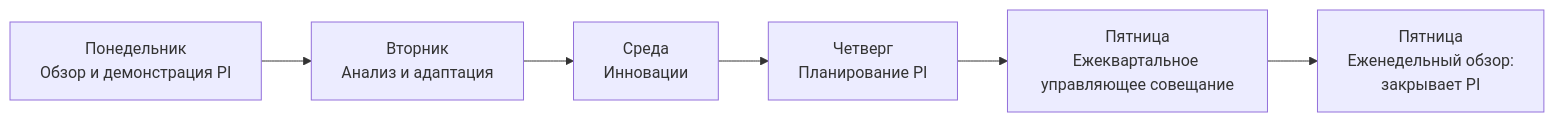
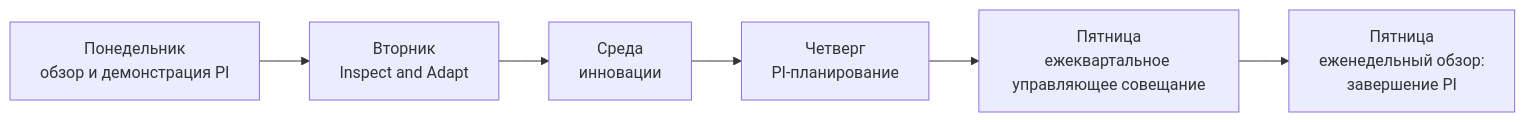
Before and after one commit to devhogu/ob-aicc: the fourth of 6 diagrams in charter/ru/workflows/cadence.md, drawn with Mermaid. The commit also changed other lines of this file and 7 other files, not shown here.

````diff
--- a/charter/ru/workflows/cadence.md
+++ b/charter/ru/workflows/cadence.md
@@ -141,4 +151,4 @@
 ```mermaid
 flowchart LR
-  A["Понедельник<br/>Обзор и демонстрация PI"] --> B["Вторник<br/>Анализ и адаптация"] --> C["Среда<br/>Инновации"] --> D["Четверг<br/>Планирование PI"] --> E["Пятница<br/>Ежеквартальное управляющее совещание"] --> F["Пятница<br/>Еженедельный обзор:<br/>закрывает PI"]
+  A["Понедельник<br/>обзор и демонстрация PI"] --> B["Вторник<br/>Inspect and Adapt"] --> C["Среда<br/>инновации"] --> D["Четверг<br/>PI-планирование"] --> E["Пятница<br/>ежеквартальное управляющее совещание"] --> F["Пятница<br/>еженедельный обзор:<br/>завершение PI"]
 ```
````
